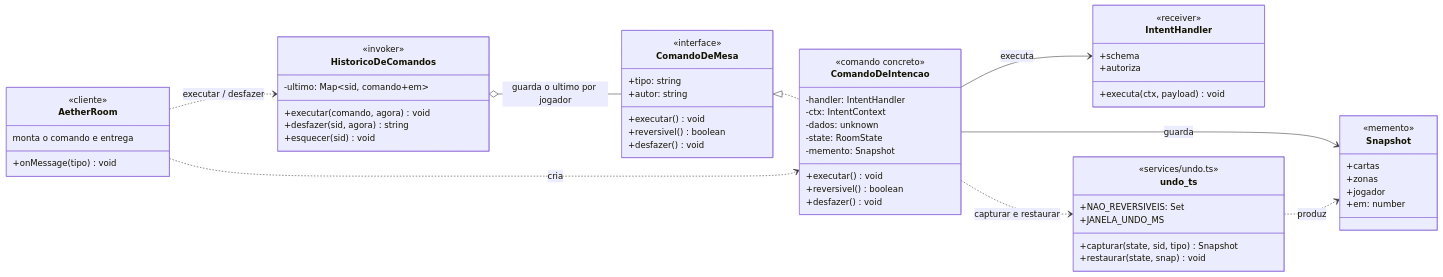
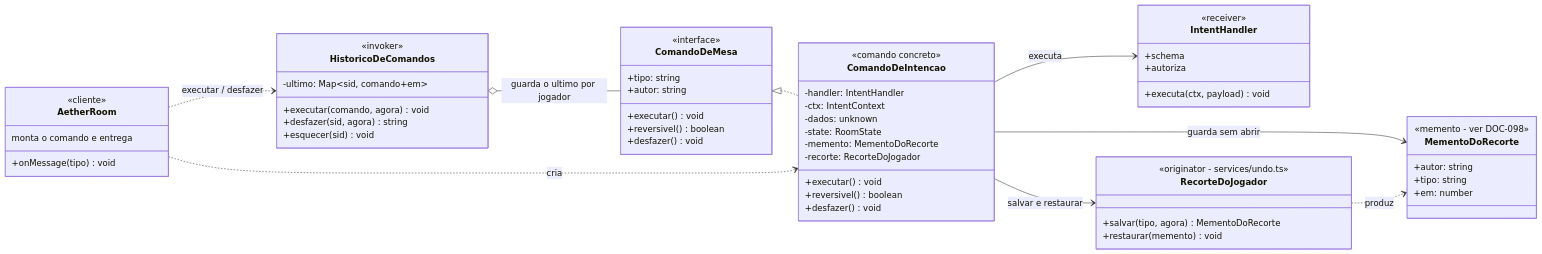
The diagram in docs/diagramas/command.mmd (Dracon-46/AetherTable), drawn with Mermaid before and after one commit. The commit also changed 7 other files, not shown here.

First line of the commit message:
docs: DOC-098 — padrão Memento, com diagrama de classes

```diff
--- a/docs/diagramas/command.mmd
+++ b/docs/diagramas/command.mmd
@@ -1,71 +1,69 @@
 %% AetherTable — DOC-097 — Padrao Command no desfazer da mesa
 %% Fonte: apps/game-server/src/intents/comandos.ts
 classDiagram
     direction LR
 
     class ComandoDeMesa {
         <<interface>>
         +tipo: string
         +autor: string
         +executar() void
         +reversivel() boolean
         +desfazer() void
     }
 
     class ComandoDeIntencao {
         <<comando concreto>>
         -handler: IntentHandler
         -ctx: IntentContext
         -dados: unknown
         -state: RoomState
-        -memento: Snapshot
+        -memento: MementoDoRecorte
+        -recorte: RecorteDoJogador
         +executar() void
         +reversivel() boolean
         +desfazer() void
     }
 
     class HistoricoDeComandos {
         <<invoker>>
         -ultimo: Map~sid, comando+em~
         +executar(comando, agora) void
         +desfazer(sid, agora) string
         +esquecer(sid) void
     }
 
     class AetherRoom {
         <<cliente>>
         +onMessage(tipo) void
         monta o comando e entrega
     }
 
     class IntentHandler {
         <<receiver>>
         +schema
         +autoriza
         +executa(ctx, payload) void
     }
 
-    class Snapshot {
-        <<memento>>
-        +cartas
-        +zonas
-        +jogador
+    class MementoDoRecorte {
+        <<memento - ver DOC-098>>
+        +autor: string
+        +tipo: string
         +em: number
     }
 
-    class undo_ts {
-        <<services/undo.ts>>
-        +capturar(state, sid, tipo) Snapshot
-        +restaurar(state, snap) void
-        +NAO_REVERSIVEIS: Set
-        +JANELA_UNDO_MS
+    class RecorteDoJogador {
+        <<originator - services/undo.ts>>
+        +salvar(tipo, agora) MementoDoRecorte
+        +restaurar(memento) void
     }
 
     ComandoDeMesa <|.. ComandoDeIntencao
     HistoricoDeComandos o-- ComandoDeMesa : guarda o ultimo por jogador
     AetherRoom ..> ComandoDeIntencao : cria
     AetherRoom ..> HistoricoDeComandos : executar / desfazer
     ComandoDeIntencao --> IntentHandler : executa
-    ComandoDeIntencao --> Snapshot : guarda
-    ComandoDeIntencao ..> undo_ts : capturar e restaurar
-    undo_ts ..> Snapshot : produz
+    ComandoDeIntencao --> MementoDoRecorte : guarda sem abrir
+    ComandoDeIntencao --> RecorteDoJogador : salvar e restaurar
+    RecorteDoJogador ..> MementoDoRecorte : produz
```
